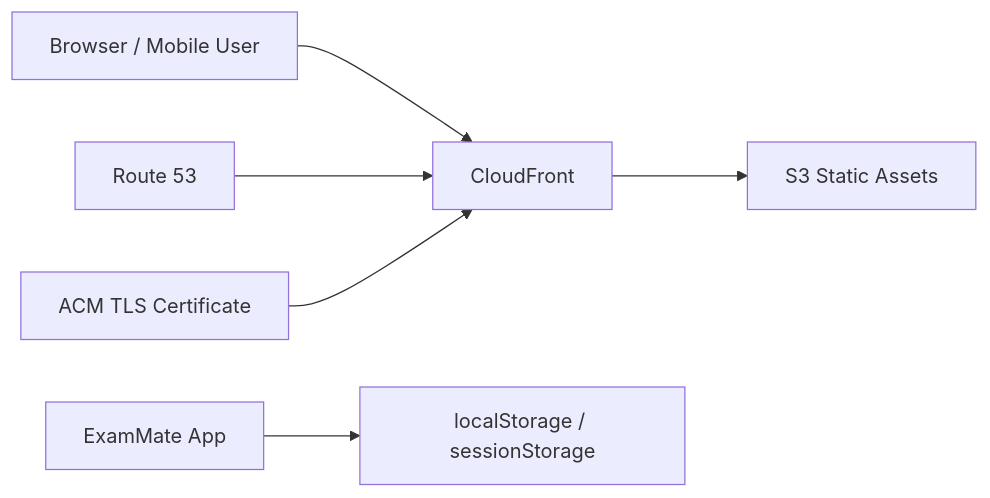
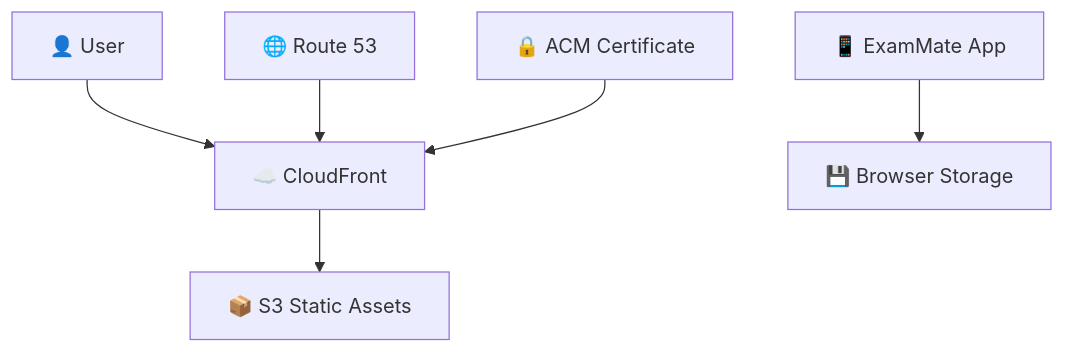
The second of 2 diagrams in README.md (Kjjedd/exam-practice-app), drawn with Mermaid before and after one commit. The commit also changed other lines of this file, not shown here.

````diff
--- a/README.md
+++ b/README.md
@@ -179,8 +309,8 @@
 ```mermaid
-graph LR
-  User["Browser / Mobile User"] --> CF["CloudFront"]
-  CF --> S3["S3 Static Assets"]
-  DNS["Route 53"] --> CF
-  ACM["ACM TLS Certificate"] --> CF
-  App["ExamMate App"] --> BrowserStore["localStorage / sessionStorage"]
+graph TB
+    User[👤 User] --> CF[☁️ CloudFront]
+    CF --> S3[📦 S3 Static Assets]
+    DNS[🌐 Route 53] --> CF
+    ACM[🔒 ACM Certificate] --> CF
+    App[📱 ExamMate App] --> Storage[💾 Browser Storage]
 ```
````
